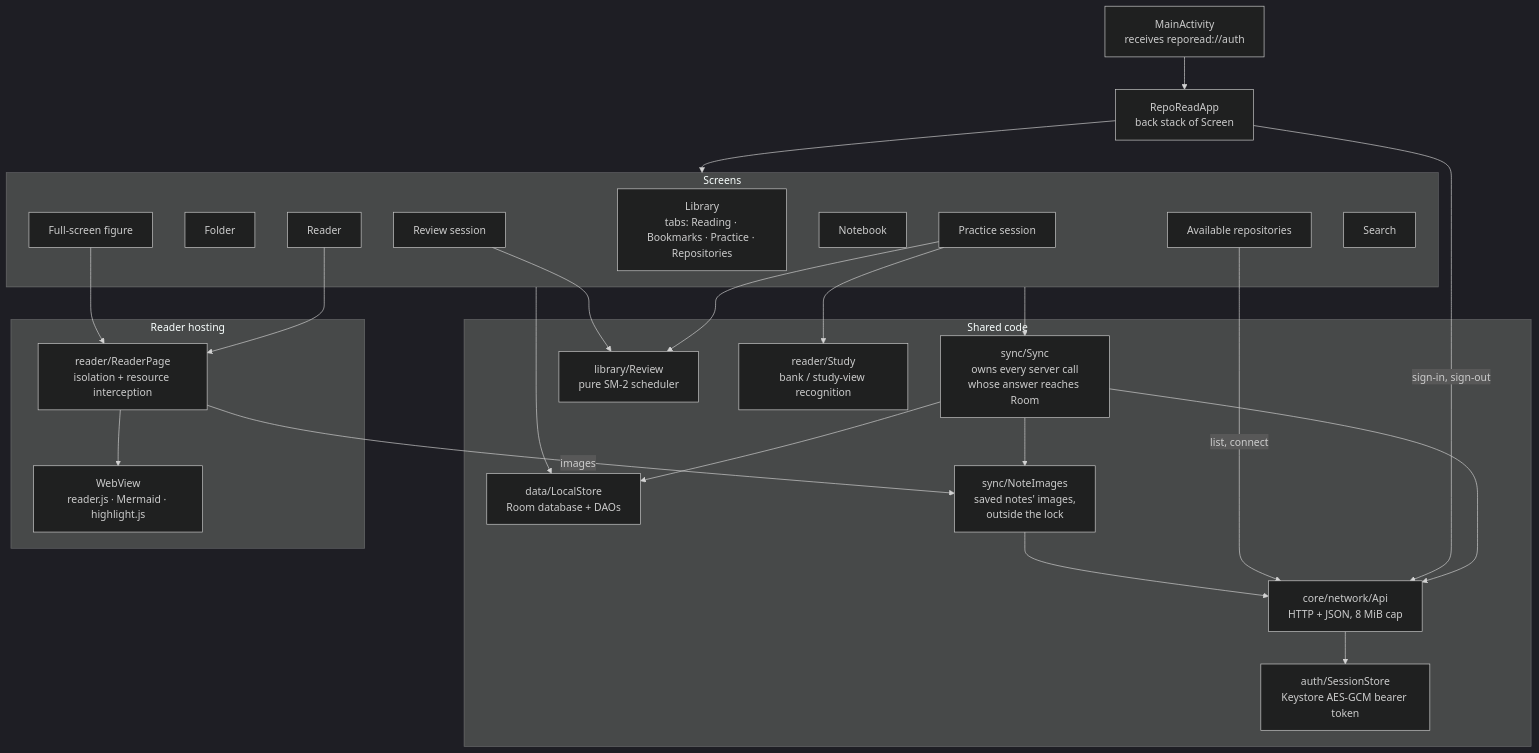
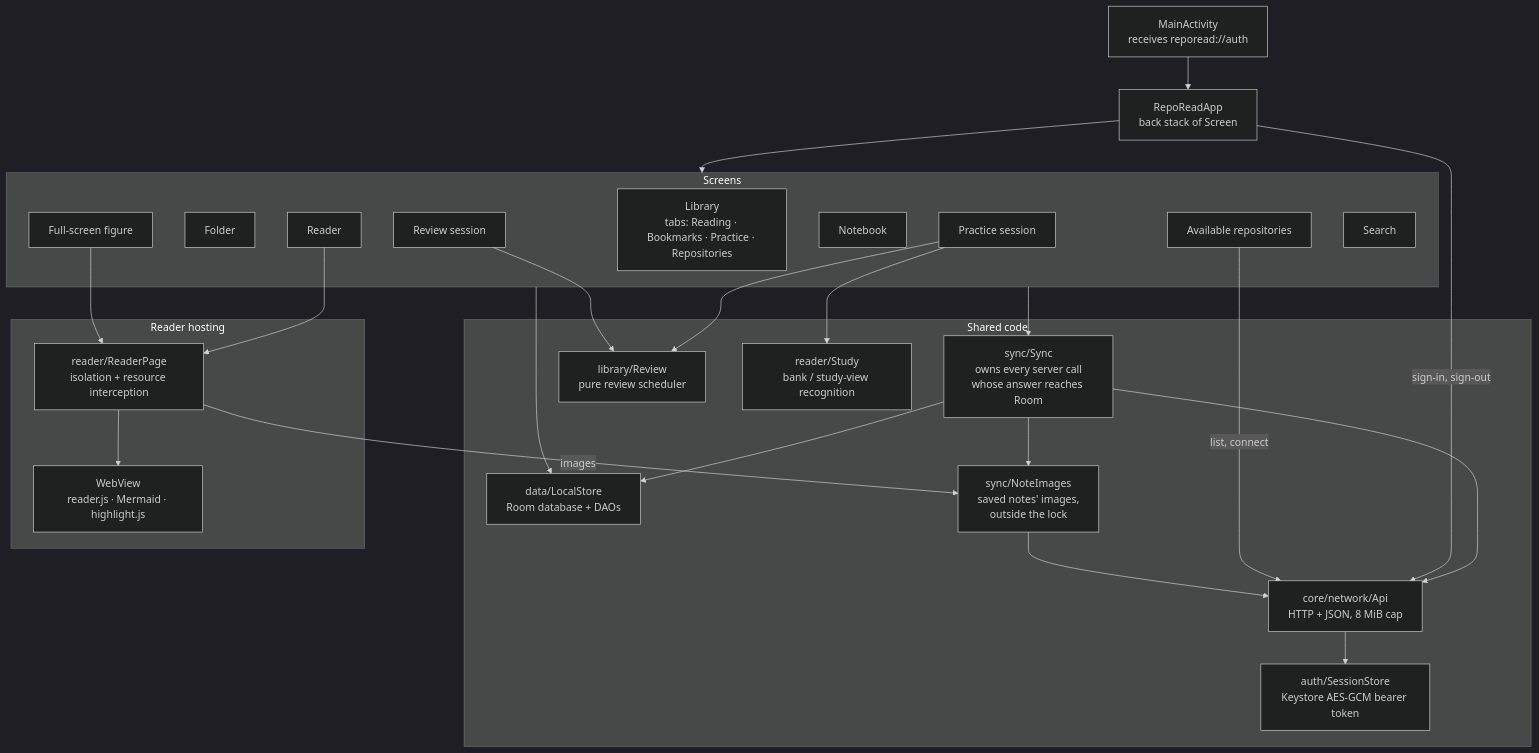
One commit to jaxwong/reporead changed the fifth of 12 diagrams in docs/architecture.md. Above: the diagram before and after it, drawn with Mermaid (dark theme). The commit also changed other lines of this file and 10 other files, not shown here.

````diff
--- a/docs/architecture.md
+++ b/docs/architecture.md
@@ -262,51 +262,51 @@
 ```mermaid
 flowchart TB
     Main["MainActivity<br/>receives reporead://auth"]
     App["RepoReadApp<br/>back stack of Screen"]
     Main --> App
 
     subgraph Screens["Screens"]
         Library["Library<br/>tabs: Reading · Bookmarks · Practice · Repositories"]
         Folder["Folder"]
         Available["Available repositories"]
         Reader["Reader"]
         Figure["Full-screen figure"]
         Notebook["Notebook"]
         Practice["Practice session"]
         Review["Review session"]
         Search["Search"]
     end
     App --> Screens
 
     subgraph Core["Shared code"]
         Sync["sync/Sync<br/>owns every server call<br/>whose answer reaches Room"]
         Store["data/LocalStore<br/>Room database + DAOs"]
         Api["core/network/Api<br/>HTTP + JSON, 8 MiB cap"]
         Images["sync/NoteImages<br/>saved notes' images,<br/>outside the lock"]
         Session["auth/SessionStore<br/>Keystore AES-GCM bearer token"]
-        Sched["library/Review<br/>pure SM-2 scheduler"]
+        Sched["library/Review<br/>pure review scheduler"]
         StudyK["reader/Study<br/>bank / study-view recognition"]
     end
 
     subgraph ReaderHost["Reader hosting"]
         Page["reader/ReaderPage<br/>isolation + resource interception"]
         WebV["WebView<br/>reader.js · Mermaid · highlight.js"]
         Page --> WebV
     end
 
     Screens --> Sync
     Screens --> Store
     Practice --> StudyK
     Practice --> Sched
     Review --> Sched
     Reader --> Page
     Figure --> Page
     Sync --> Api
     App -- "sign-in, sign-out" --> Api
     Available -- "list, connect" --> Api
     Sync --> Store
     Api --> Session
     Page -- "images" --> Images
     Sync --> Images
     Images --> Api
 ```
````
